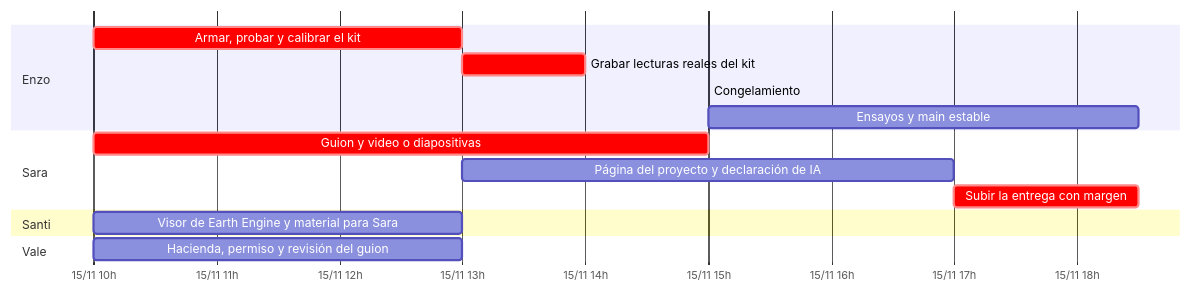
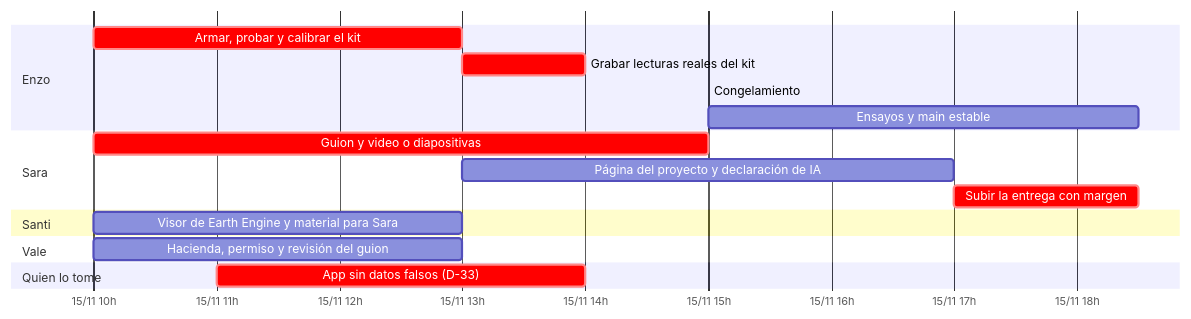
One commit to enzopazzelli/BioSat changed the diagram in docs/estado-del-proyecto.md. Above: the diagram before and after it, drawn with Mermaid. The commit also changed other lines of this file and 4 other files, not shown here.

First line of the commit message:
D-33: plan para que la app no muestre cosas falsas en la demo (para quien lo tome)

````diff
--- a/docs/estado-del-proyecto.md
+++ b/docs/estado-del-proyecto.md
@@ -104,18 +105,20 @@
 ```mermaid
 gantt
     dateFormat  YYYY-MM-DD HH:mm
     axisFormat  %d/%m %Hh
     section Enzo
     Armar, probar y calibrar el kit         :crit, 2026-11-15 10:00, 2026-11-15 13:00
     Grabar lecturas reales del kit          :crit, 2026-11-15 13:00, 2026-11-15 14:00
     Congelamiento: último merge             :milestone, 2026-11-15 15:00, 0m
     Ensayos y main estable                  :2026-11-15 15:00, 2026-11-15 18:30
     section Sara
     Guion y video o diapositivas            :crit, 2026-11-15 10:00, 2026-11-15 15:00
     Página del proyecto y declaración de IA :2026-11-15 13:00, 2026-11-15 17:00
     Subir la entrega con margen             :crit, 2026-11-15 17:00, 2026-11-15 18:30
     section Santi
     Visor de Earth Engine y material para Sara :2026-11-15 10:00, 2026-11-15 13:00
     section Vale
     Hacienda, permiso y revisión del guion  :2026-11-15 10:00, 2026-11-15 13:00
+    section Quien lo tome
+    App sin datos falsos (D-33)             :crit, 2026-11-15 11:00, 2026-11-15 14:00
 ```
````
